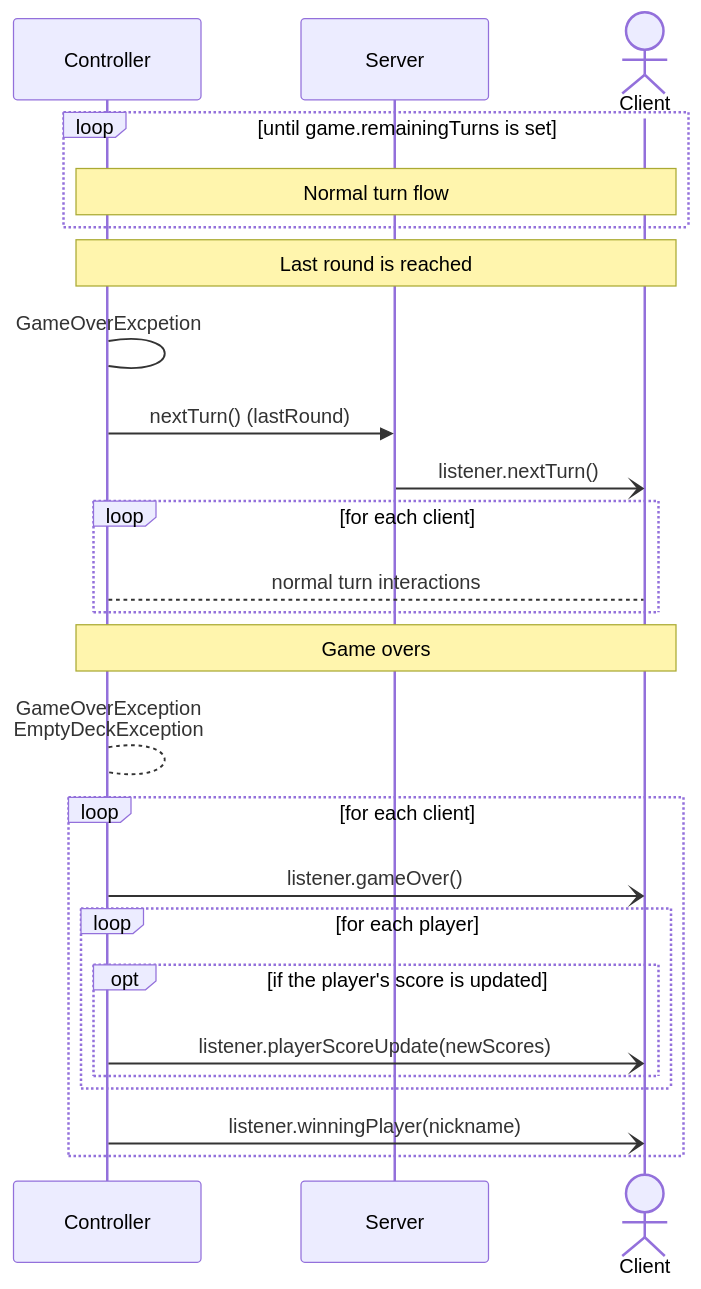
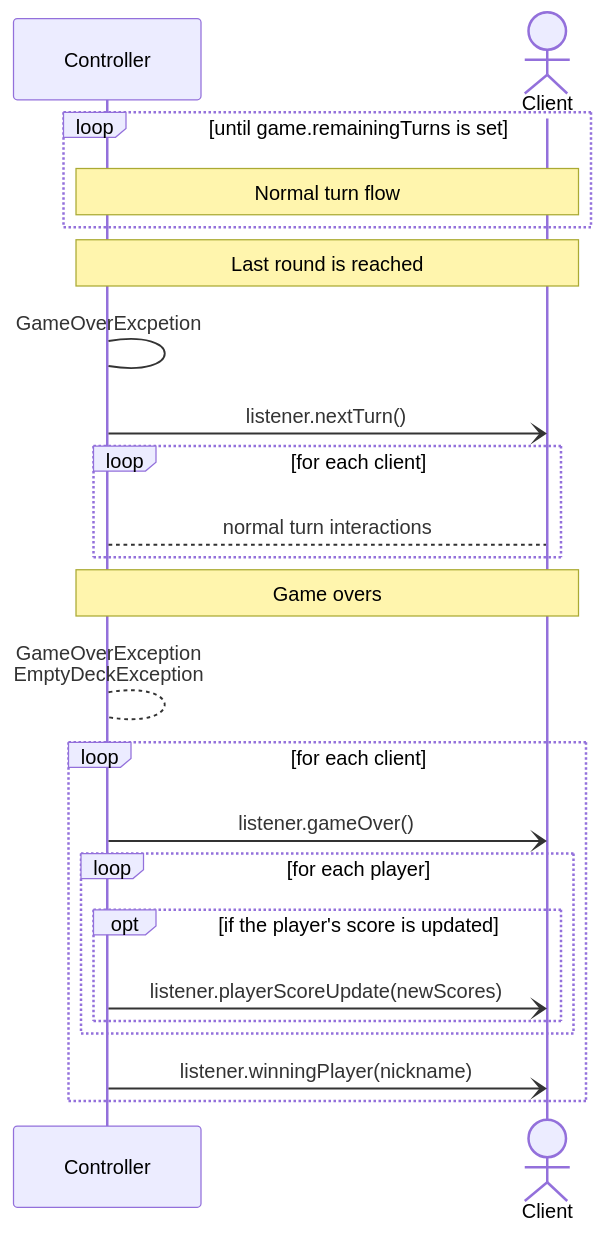
One commit to frephs/IS24-AM21 changed the eighth of 9 diagrams in documentation_wip/network_protocol.md. Above: the diagram before and after it, drawn with Mermaid. The commit also changed other lines of this file, not shown here.

````diff
--- a/documentation_wip/network_protocol.md
+++ b/documentation_wip/network_protocol.md
@@ -318,31 +322,29 @@
 ```mermaid
 sequenceDiagram
     participant Controller
-    participant Server
     actor Client
 
     loop until game.remainingTurns is set
         Note over Controller, Client : Normal turn flow
     end 
 
     Note over Controller, Client: Last round is reached
     Controller -> Controller: GameOverExcpetion 
-    Controller ->> Server: nextTurn() (lastRound)
 
-    Server -) Client : listener.nextTurn() 
+    Controller -) Client : listener.nextTurn() 
     loop for each client 
         Controller --> Client : normal turn interactions 
     end 
     
     Note over Controller, Client: Game overs
     Controller --> Controller: GameOverException <br> EmptyDeckException
     loop for each client 
         Controller -) Client : listener.gameOver()
         loop for each player
             opt if the player's score is updated
                 Controller -) Client : listener.playerScoreUpdate(newScores)
             end
         end
         Controller -) Client : listener.winningPlayer(nickname)
     end
 ```
````
